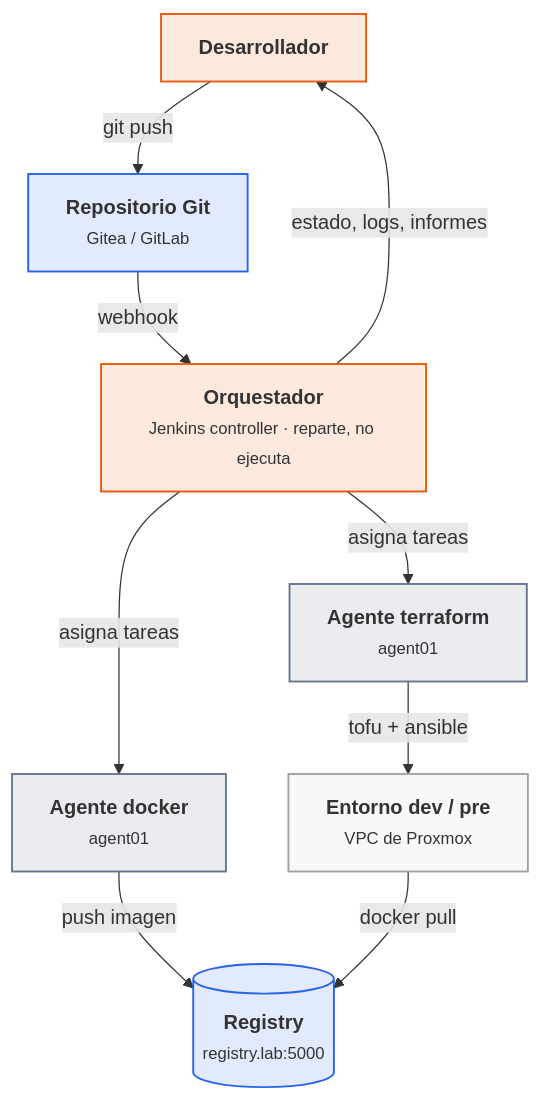
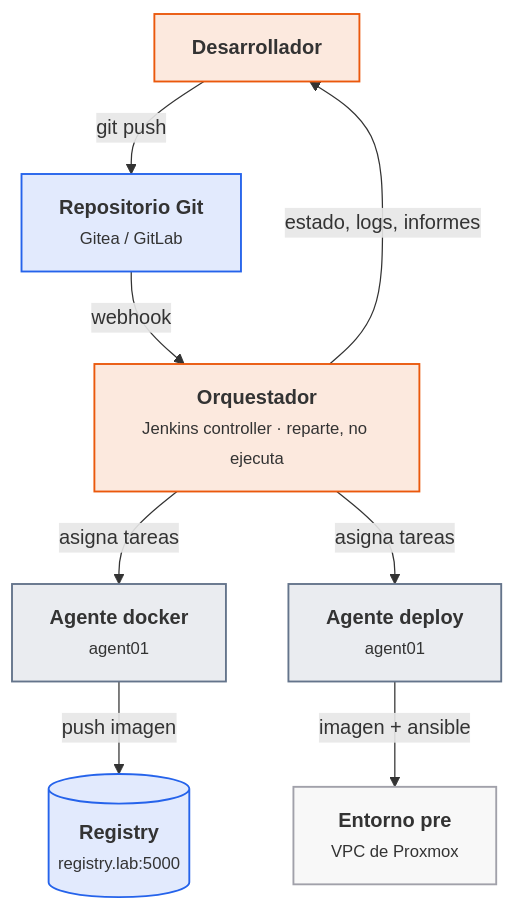
The second of 7 diagrams in docs/ut/ut6-ci.md (victor-educ/apuntes-5166), drawn with Mermaid before and after one commit. The commit also changed other lines of this file and 15 other files, not shown here.

````diff
--- a/docs/ut/ut6-ci.md
+++ b/docs/ut/ut6-ci.md
@@ -125,24 +127,23 @@
 ```mermaid
 flowchart TB
     DEV["<b>Desarrollador</b>"]:::act
     REPO["<b>Repositorio Git</b><br><small>Gitea / GitLab</small>"]:::dato
     CTRL["<b>Orquestador</b><br><small>Jenkins controller · reparte, no ejecuta</small>"]:::act
     AG1["<b>Agente docker</b><br><small>agent01</small>"]:::pieza
-    AG2["<b>Agente terraform</b><br><small>agent01</small>"]:::pieza
+    AG2["<b>Agente deploy</b><br><small>agent01</small>"]:::pieza
     REG[("<b>Registry</b><br><small>registry.lab:5000</small>")]:::dato
-    ENV["<b>Entorno dev / pre</b><br><small>VPC de Proxmox</small>"]:::infra
+    ENV["<b>Entorno pre</b><br><small>VPC de Proxmox</small>"]:::infra
     DEV -->|git push| REPO
     REPO -->|webhook| CTRL
     CTRL -->|asigna tareas| AG1
     CTRL -->|asigna tareas| AG2
     AG1 -->|push imagen| REG
-    AG2 -->|tofu + ansible| ENV
-    ENV -->|docker pull| REG
+    AG2 -->|imagen + ansible| ENV
     CTRL -->|estado, logs, informes| DEV
     classDef act fill:#ea580c22,stroke:#ea580c,stroke-width:1.5px
     classDef pieza fill:#64748b22,stroke:#64748b,stroke-width:1.5px
     classDef dato fill:#2563eb22,stroke:#2563eb,stroke-width:1.5px
     classDef infra fill:#a1a1aa14,stroke:#a1a1aa,stroke-width:1.5px
     classDef ok fill:#16a34a22,stroke:#16a34a,stroke-width:1.5px
     classDef riesgo fill:#dc262622,stroke:#dc2626,stroke-width:1.5px
 ```
````
